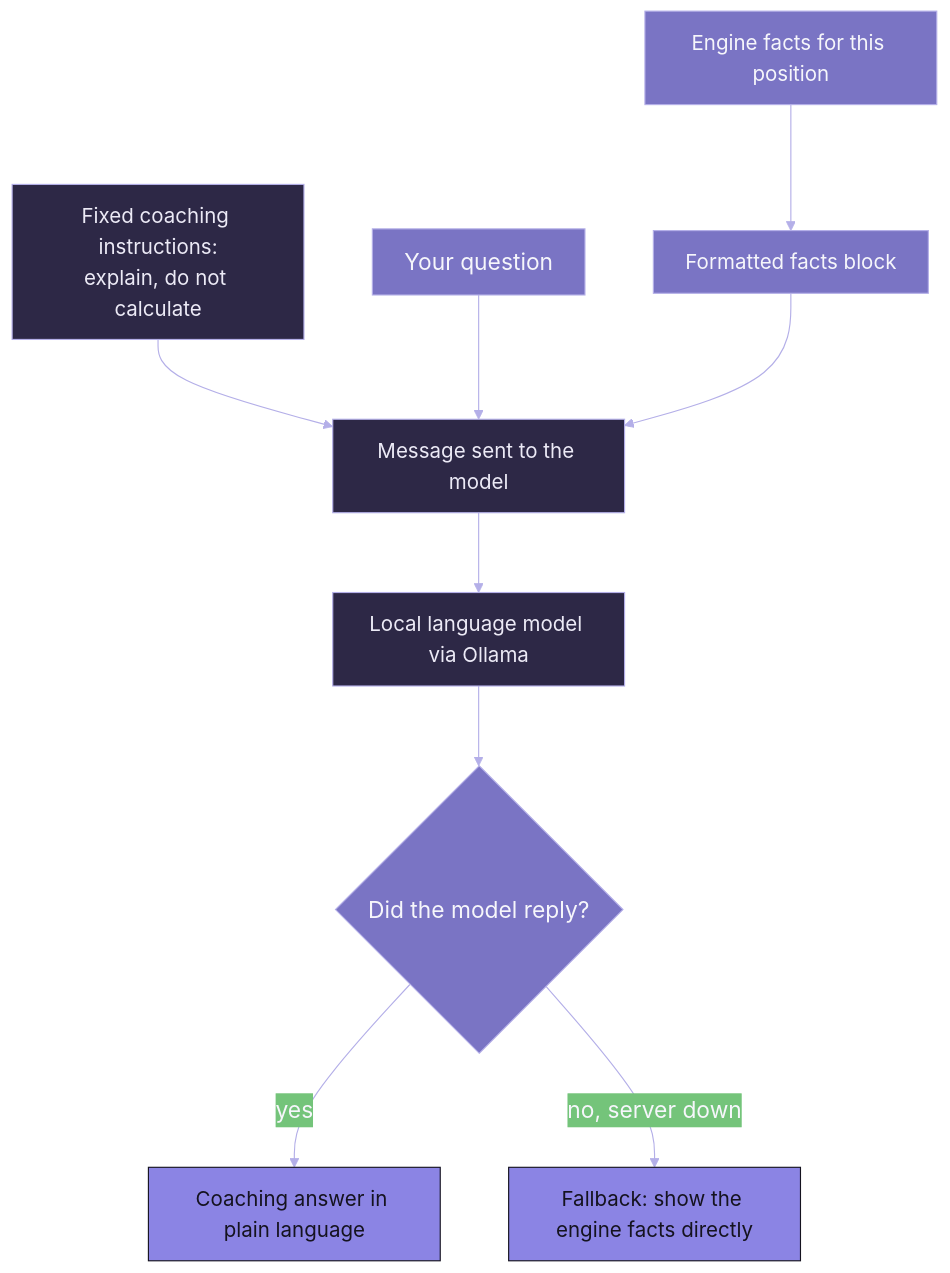
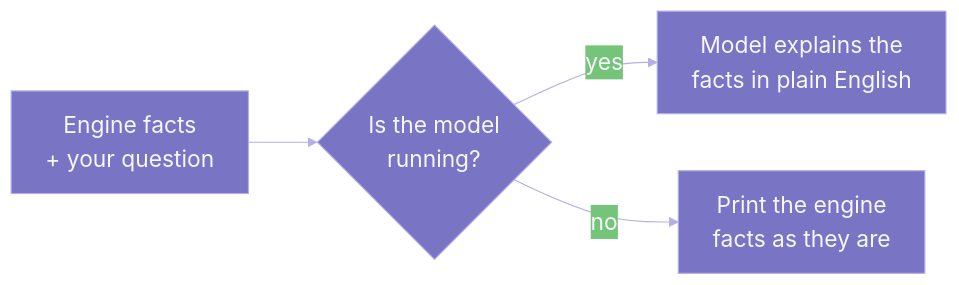
One commit to jconnors23/Dupont changed the second of 3 diagrams in docs/architecture.md. Above: the diagram before and after it, drawn with Mermaid. The commit also changed other lines of this file and 22 other files, not shown here.

````diff
--- a/docs/architecture.md
+++ b/docs/architecture.md
@@ -72,19 +68,7 @@
 ```mermaid
-%%{init: {'theme':'base','themeVariables':{'fontSize':'20px','primaryColor':'#7a74c4','primaryTextColor':'#f6f6fb','primaryBorderColor':'#b4afe8','lineColor':'#b4afe8'},'flowchart':{'nodeSpacing':60,'rankSpacing':70,'padding':14}}}%%
-flowchart TB
-    SP[Fixed coaching instructions:<br/>explain, do not calculate] --> MSG
-    EF[Engine facts for this position] --> FMT[Formatted facts block]
-    Q[Your question] --> MSG[Message sent to the model]
-    FMT --> MSG
-    MSG --> LLM[Local language model via Ollama]
-    LLM --> R{Did the model reply?}
-    R -->|yes| ANS[Coaching answer in plain language]
-    R -->|no, server down| FB[Fallback: show the engine facts directly]
-
-    classDef engine fill:#7a74c4,stroke:#b4afe8,color:#f6f6fb,font-size:18px;
-    classDef model fill:#2d2846,stroke:#b4afe8,color:#eceaf6,font-size:18px;
-    classDef out fill:#8b84e4,stroke:#15131f,color:#15131f,font-size:18px;
-    class EF,FMT engine;
-    class SP,MSG,LLM model;
-    class ANS,FB out;
+%%{init: {'theme':'base','themeVariables':{'fontSize':'20px','primaryColor':'#7a74c4','primaryTextColor':'#f6f6fb','primaryBorderColor':'#b4afe8','lineColor':'#b4afe8'},'flowchart':{'nodeSpacing':50,'rankSpacing':60}}}%%
+flowchart LR
+    A[Engine facts<br/>+ your question] --> B{Is the model<br/>running?}
+    B -->|yes| C[Model explains the<br/>facts in plain English]
+    B -->|no| D[Print the engine<br/>facts as they are]
 ```
````
